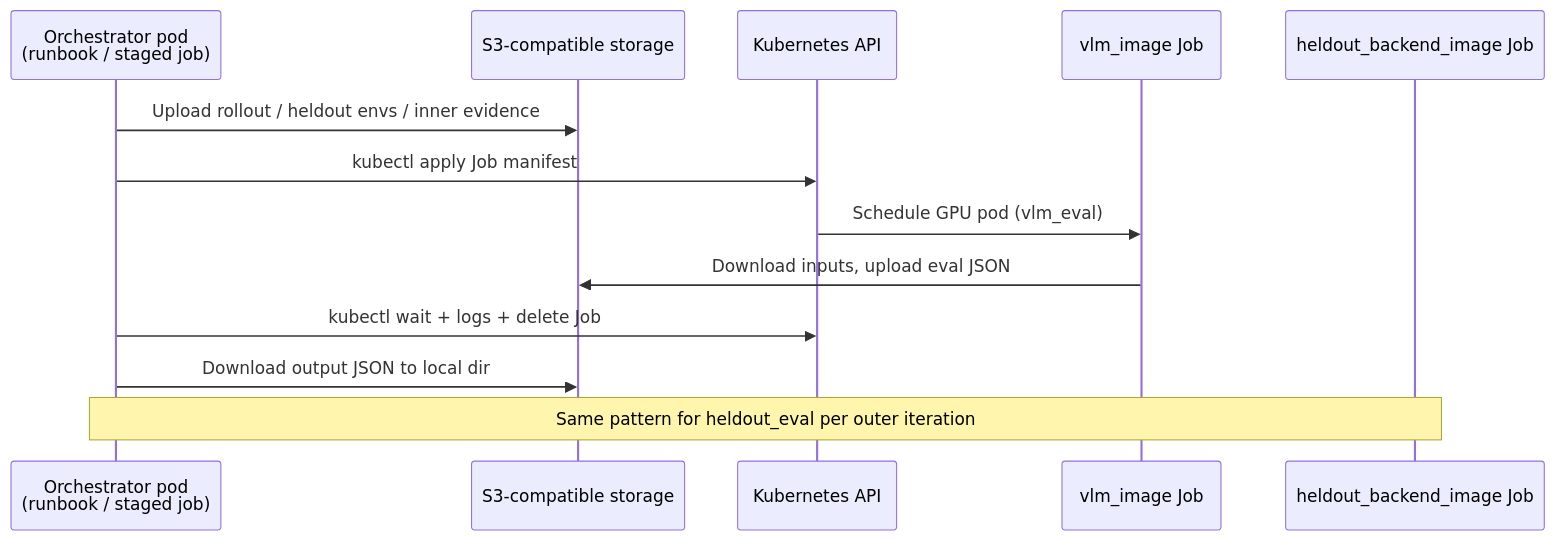
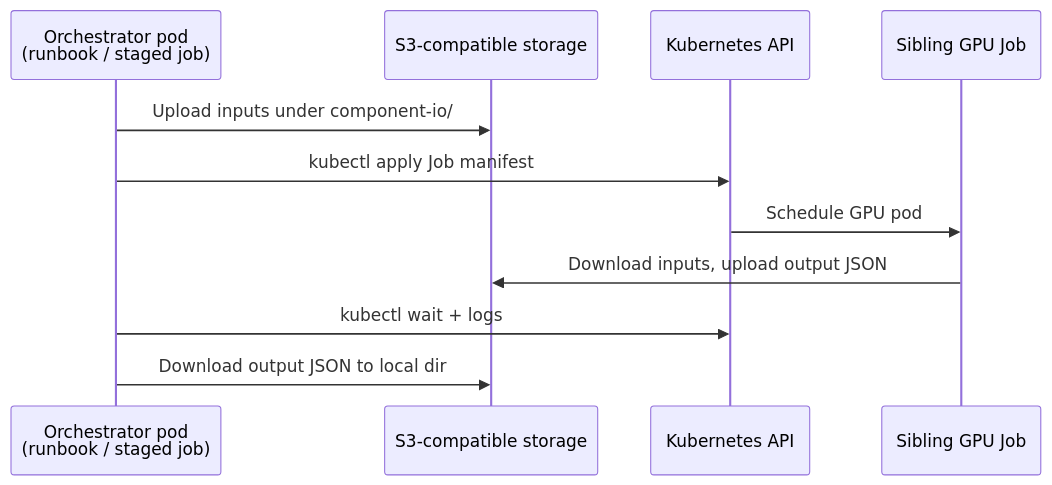
The sixth of 6 diagrams in docs/workbench/guides/sim2real-architecture.md (nebius/nebius-physical-ai), drawn with Mermaid before and after one commit. The commit also changed other lines of this file and 10 other files, not shown here.

First line of the commit message:
Fix Isaac heldout eval env download and cap GPU eval envs.

````diff
--- a/docs/workbench/guides/sim2real-architecture.md
+++ b/docs/workbench/guides/sim2real-architecture.md
@@ -252,17 +285,14 @@
 ```mermaid
 sequenceDiagram
   participant ORCH as Orchestrator pod<br/>(runbook / staged job)
   participant S3 as S3-compatible storage
   participant K8s as Kubernetes API
-  participant VLM as vlm_image Job
-  participant EVAL as heldout_backend_image Job
+  participant SIB as Sibling GPU Job
 
-  ORCH->>S3: Upload rollout / heldout envs / inner evidence
+  ORCH->>S3: Upload inputs under component-io/
   ORCH->>K8s: kubectl apply Job manifest
-  K8s->>VLM: Schedule GPU pod (vlm_eval)
-  VLM->>S3: Download inputs, upload eval JSON
-  ORCH->>K8s: kubectl wait + logs + delete Job
+  K8s->>SIB: Schedule GPU pod
+  SIB->>S3: Download inputs, upload output JSON
+  ORCH->>K8s: kubectl wait + logs
   ORCH->>S3: Download output JSON to local dir
-
-  Note over ORCH,EVAL: Same pattern for heldout_eval per outer iteration
 ```
````
